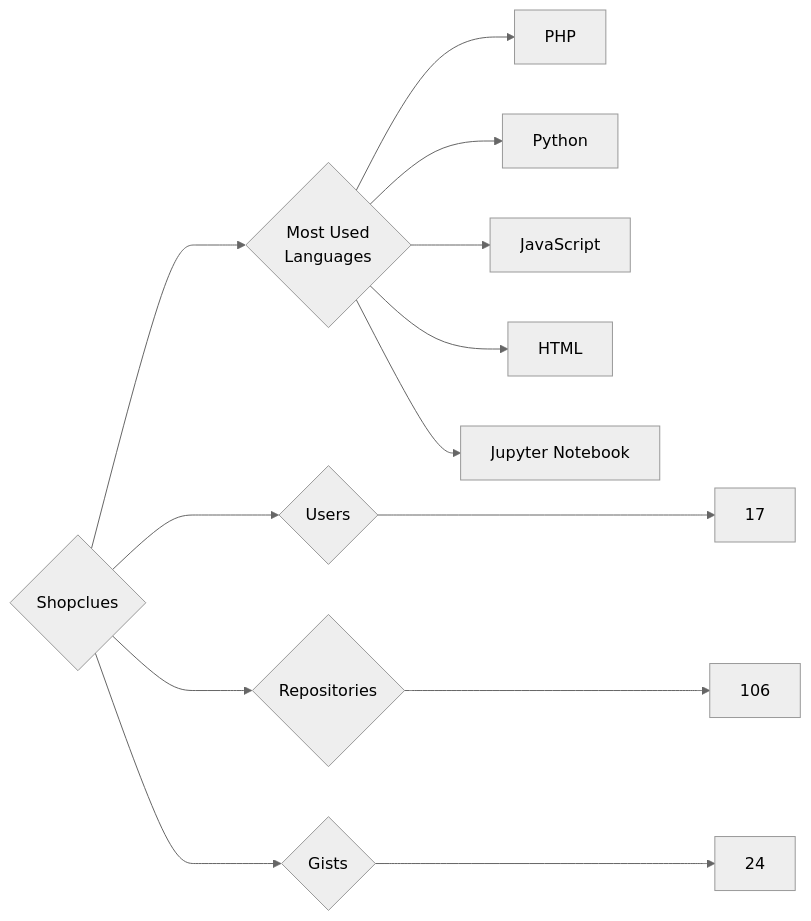
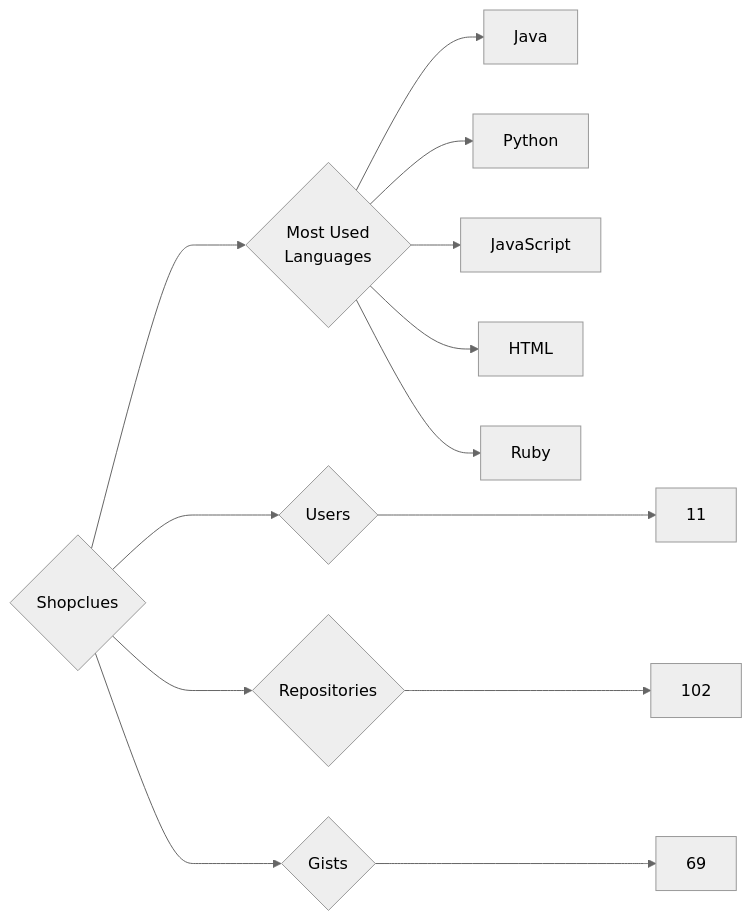
Before and after one commit to trickest/insiders: the diagram in targets/Shopclues/README.md, drawn with Mermaid (neutral theme). The commit also changed 860 other files, not shown here.

````diff
--- a/targets/Shopclues/README.md
+++ b/targets/Shopclues/README.md
@@ -3,13 +3,13 @@
 ```mermaid
 graph LR
 COMPANY_NAME{Shopclues}
-COMPANY_NAME ---> U{Users} ---> UN[17]
-COMPANY_NAME ---> R{Repositories} ---> RN[106]
-COMPANY_NAME ---> G{Gists} ---> GN[24]
+COMPANY_NAME ---> U{Users} ---> UN[11]
+COMPANY_NAME ---> R{Repositories} ---> RN[102]
+COMPANY_NAME ---> G{Gists} ---> GN[69]
 COMPANY_NAME ---> ML{Most Used<br>Languages}
-ML --> PHP[PHP]
+ML --> Java[Java]
 ML --> Python[Python]
 ML --> JavaScript[JavaScript]
 ML --> HTML[HTML]
-ML --> Jupyter_Notebook[Jupyter Notebook]
+ML --> Ruby[Ruby]
 ```
````
